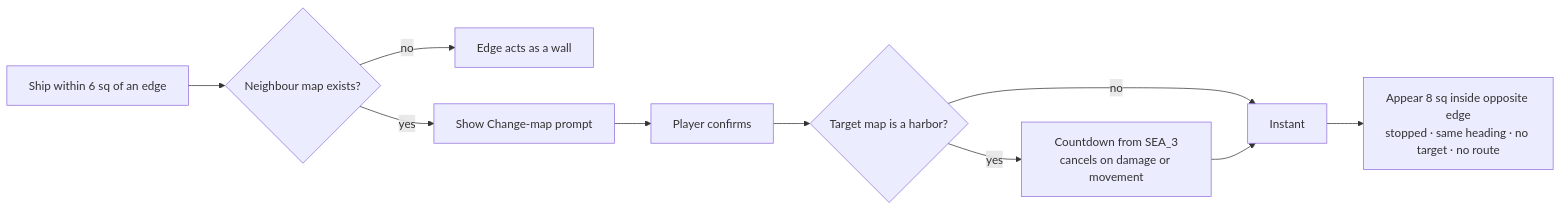
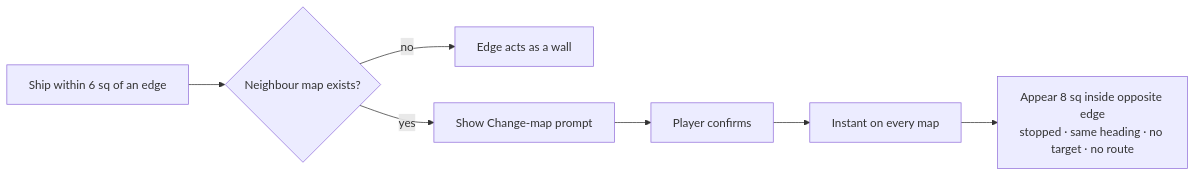
One commit to leonardomso/sea changed the ninth of 11 diagrams in docs/SEA_5_PHYSICS.md. Above: the diagram before and after it, drawn with Mermaid. The commit also changed other lines of this file, not shown here.

First line of the commit message:
docs(physics): close the four gaps SEA_5 left open

````diff
--- a/docs/SEA_5_PHYSICS.md
+++ b/docs/SEA_5_PHYSICS.md
@@ -339,12 +350,9 @@
 ```mermaid
 flowchart LR
     A[Ship within 6 sq of an edge] --> B{Neighbour map exists?}
     B -- no --> W[Edge acts as a wall]
     B -- yes --> P[Show Change-map prompt]
     P --> C[Player confirms]
-    C --> H{Target map is a harbor?}
-    H -- yes --> T[Countdown from SEA_3<br/>cancels on damage or movement]
-    H -- no --> J[Instant]
-    T --> J
+    C --> J[Instant on every map]
     J --> K[Appear 8 sq inside opposite edge<br/>stopped · same heading · no target · no route]
 ```
````
